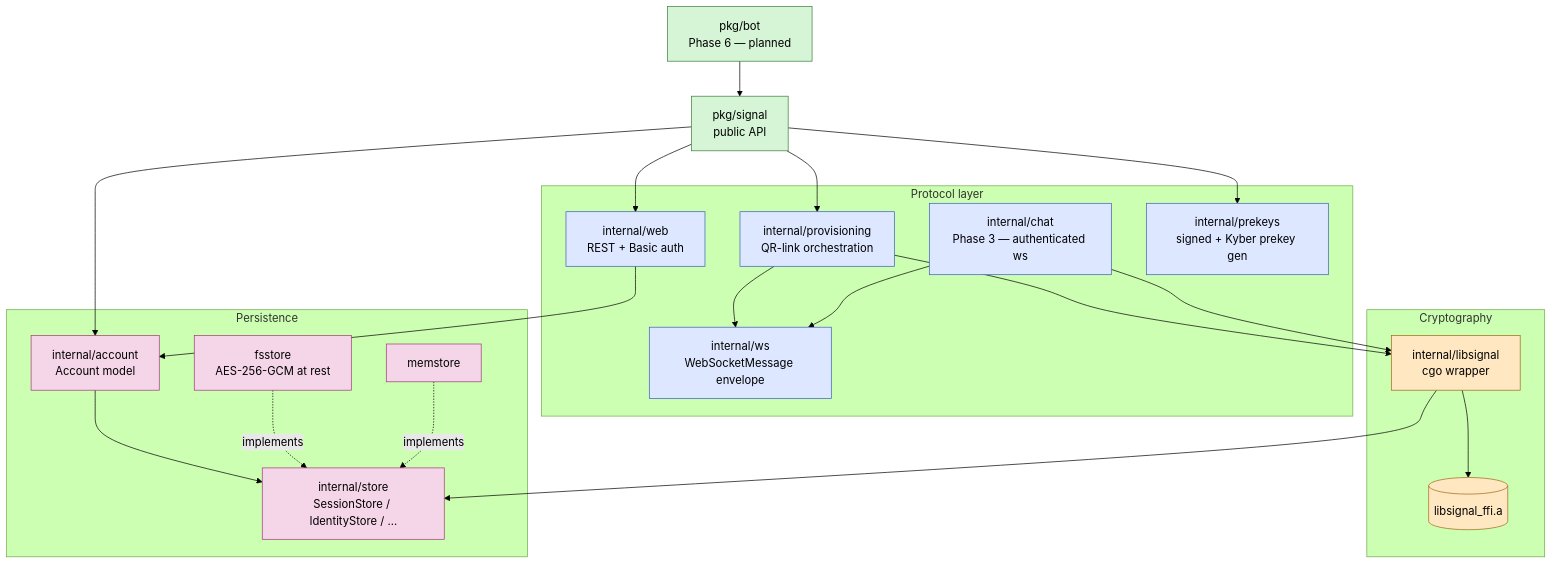
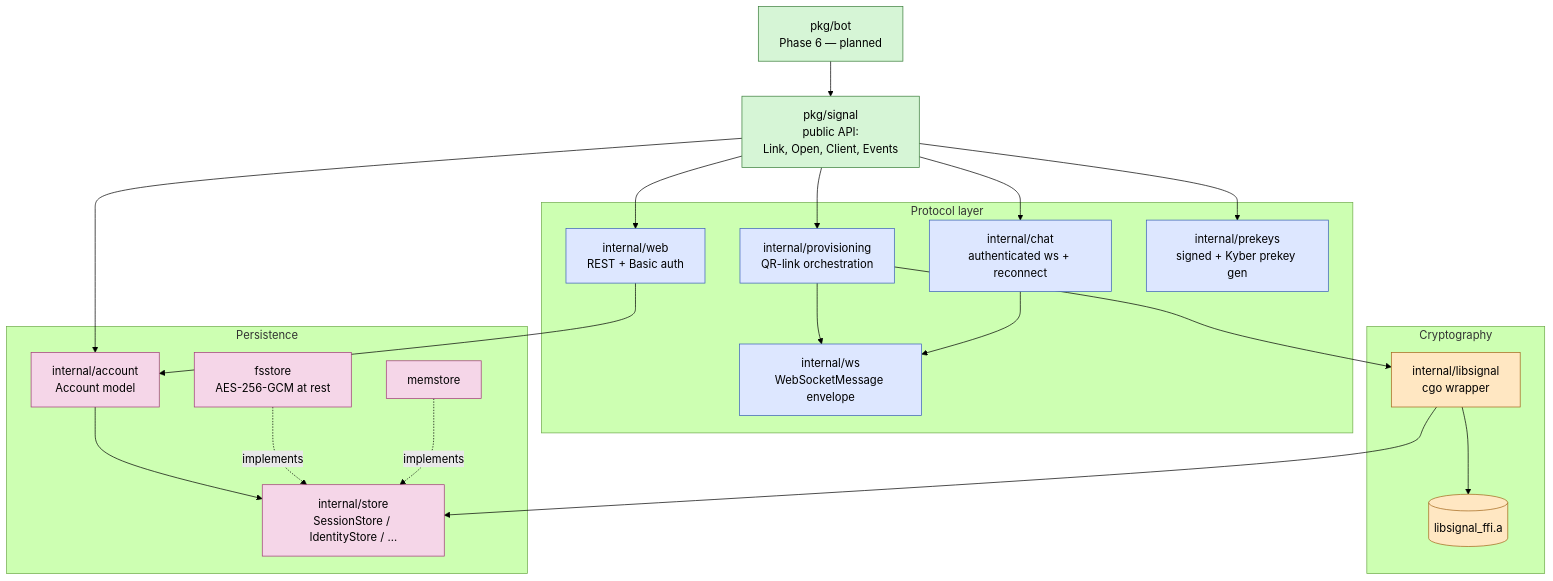
One commit to thehappydinoa/signal-go changed the diagram in docs/diagrams/architecture.md. Above: the diagram before and after it, drawn with Mermaid (forest theme). The commit also changed other lines of this file and 12 other files, not shown here.

First line of the commit message:
Phase 3: authenticated receive pipeline (connection + dispatch + events)

````diff
--- a/docs/diagrams/architecture.md
+++ b/docs/diagrams/architecture.md
@@ -8,50 +8,50 @@
 ```mermaid
 flowchart TB
     bot[pkg/bot<br/>Phase 6 — planned]
-    sig[pkg/signal<br/>public API]
+    sig[pkg/signal<br/>public API:<br/>Link, Open, Client, Events]
 
     subgraph protocol [Protocol layer]
         prov[internal/provisioning<br/>QR-link orchestration]
-        chat[internal/chat<br/>Phase 3 — authenticated ws]
+        chat[internal/chat<br/>authenticated ws + reconnect]
         web[internal/web<br/>REST + Basic auth]
         ws[internal/ws<br/>WebSocketMessage envelope]
         prekeys[internal/prekeys<br/>signed + Kyber prekey gen]
     end
 
     subgraph crypto [Cryptography]
         ls[internal/libsignal<br/>cgo wrapper]
         ffi[(libsignal_ffi.a)]
     end
 
     subgraph storage [Persistence]
         account[internal/account<br/>Account model]
         store[internal/store<br/>SessionStore / IdentityStore / …]
         fs[fsstore<br/>AES-256-GCM at rest]
         mem[memstore]
     end
 
     bot --> sig
     sig --> prov
+    sig --> chat
     sig --> web
     sig --> account
     sig --> prekeys
     prov --> ws
     prov --> ls
     chat --> ws
-    chat --> ls
     web --> account
     ls --> ffi
     ls --> store
     account --> store
     fs -. implements .-> store
     mem -. implements .-> store
 
     classDef pub fill:#d6f5d6,stroke:#3a7d3a,color:#000;
     classDef proto fill:#dde7ff,stroke:#3a5fb8,color:#000;
     classDef cry fill:#ffe7c2,stroke:#a3661a,color:#000;
     classDef per fill:#f5d6e8,stroke:#a13a78,color:#000;
     class bot,sig pub;
     class prov,chat,web,ws,prekeys proto;
     class ls,ffi cry;
     class store,fs,mem,account per;
 ```
````
